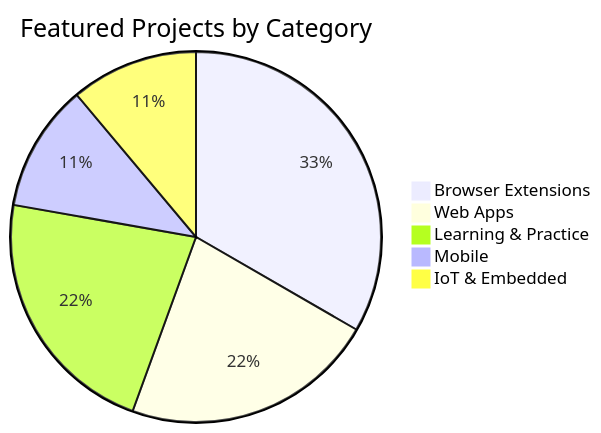
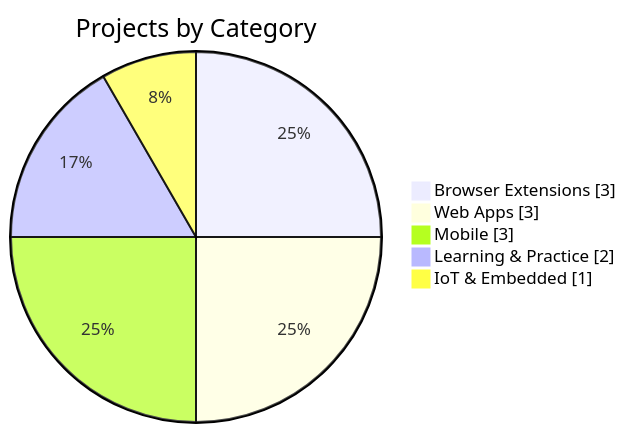
The first of 2 diagrams in README.md (Prateek-Kumar-Anand/Prateek-Kumar-Anand), drawn with Mermaid before and after one commit. The commit also changed other lines of this file, not shown here.

````diff
--- a/README.md
+++ b/README.md
@@ -31,8 +29,8 @@
 ```mermaid
-pie title Featured Projects by Category
+pie showData title Projects by Category
     "Browser Extensions" : 3
-    "Web Apps" : 2
+    "Web Apps" : 3
+    "Mobile" : 3
     "Learning & Practice" : 2
-    "Mobile" : 1
     "IoT & Embedded" : 1
 ```
````
